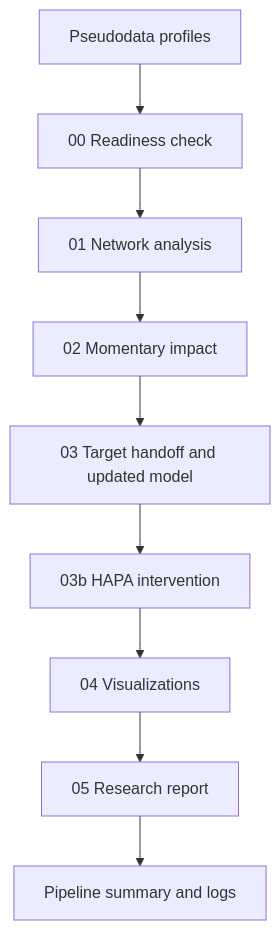
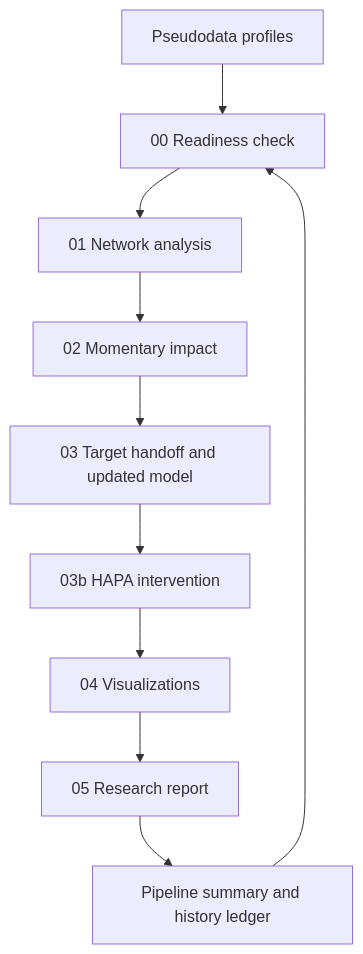
Before and after one commit to stvsever/ThesisMaster: the diagram in Evaluation/00_pipeline_orchestration/README.md, drawn with Mermaid. The commit also changed 49 other files, not shown here.

Commit message:
refactor(agentic): move shared runtime/prompts to src/utils and update iterative flow docs

````diff
--- a/Evaluation/00_pipeline_orchestration/README.md
+++ b/Evaluation/00_pipeline_orchestration/README.md
@@ -12,11 +12,12 @@
 ```mermaid
 flowchart TD
     A["Pseudodata profiles"] --> B["00 Readiness check"]
     B --> C["01 Network analysis"]
     C --> D["02 Momentary impact"]
     D --> E["03 Target handoff and updated model"]
     E --> F["03b HAPA intervention"]
     F --> G["04 Visualizations"]
     G --> H["05 Research report"]
-    H --> I["Pipeline summary and logs"]
+    H --> I["Pipeline summary and history ledger"]
+    I --> B
 ```
````
